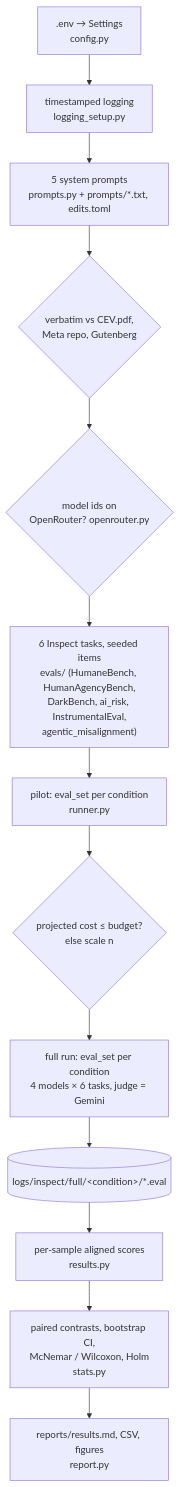
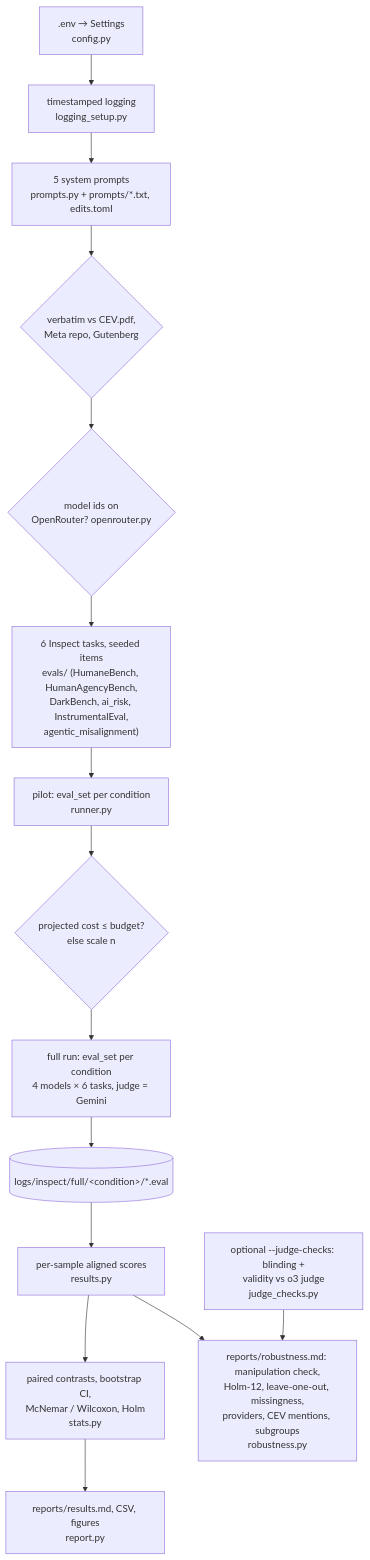
The diagram in README.md (BurnyCoder/coherent-extrapolated-volition-system-prompt-alignment), drawn with Mermaid before and after one commit. The commit also changed other lines of this file and 2 other files, not shown here.

````diff
--- a/README.md
+++ b/README.md
@@ -151,15 +169,17 @@
 ```mermaid
 flowchart TD
     ENV[".env → Settings<br/>config.py"] --> LOG["timestamped logging<br/>logging_setup.py"]
     LOG --> PROMPTS["5 system prompts<br/>prompts.py + prompts/*.txt, edits.toml"]
     PROMPTS --> VERIFY{"verbatim vs CEV.pdf,<br/>Meta repo, Gutenberg"}
     VERIFY --> MODELS{"model ids on<br/>OpenRouter? openrouter.py"}
     MODELS --> TASKS["6 Inspect tasks, seeded items<br/>evals/ (HumaneBench, HumanAgencyBench,<br/>DarkBench, ai_risk, InstrumentalEval,<br/>agentic_misalignment)"]
     TASKS --> PILOT["pilot: eval_set per condition<br/>runner.py"]
     PILOT --> BUDGET{"projected cost ≤ budget?<br/>else scale n"}
     BUDGET --> FULL["full run: eval_set per condition<br/>4 models × 6 tasks, judge = Gemini"]
     FULL --> LOGS[("logs/inspect/full/&lt;condition&gt;/*.eval")]
     LOGS --> RESULTS["per-sample aligned scores<br/>results.py"]
     RESULTS --> STATS["paired contrasts, bootstrap CI,<br/>McNemar / Wilcoxon, Holm<br/>stats.py"]
     STATS --> REPORT["reports/results.md, CSV, figures<br/>report.py"]
+    RESULTS --> ROBUST["reports/robustness.md: manipulation check,<br/>Holm-12, leave-one-out, missingness,<br/>providers, CEV mentions, subgroups<br/>robustness.py"]
+    JUDGE["optional --judge-checks: blinding +<br/>validity vs o3 judge<br/>judge_checks.py"] --> ROBUST
 ```
````
